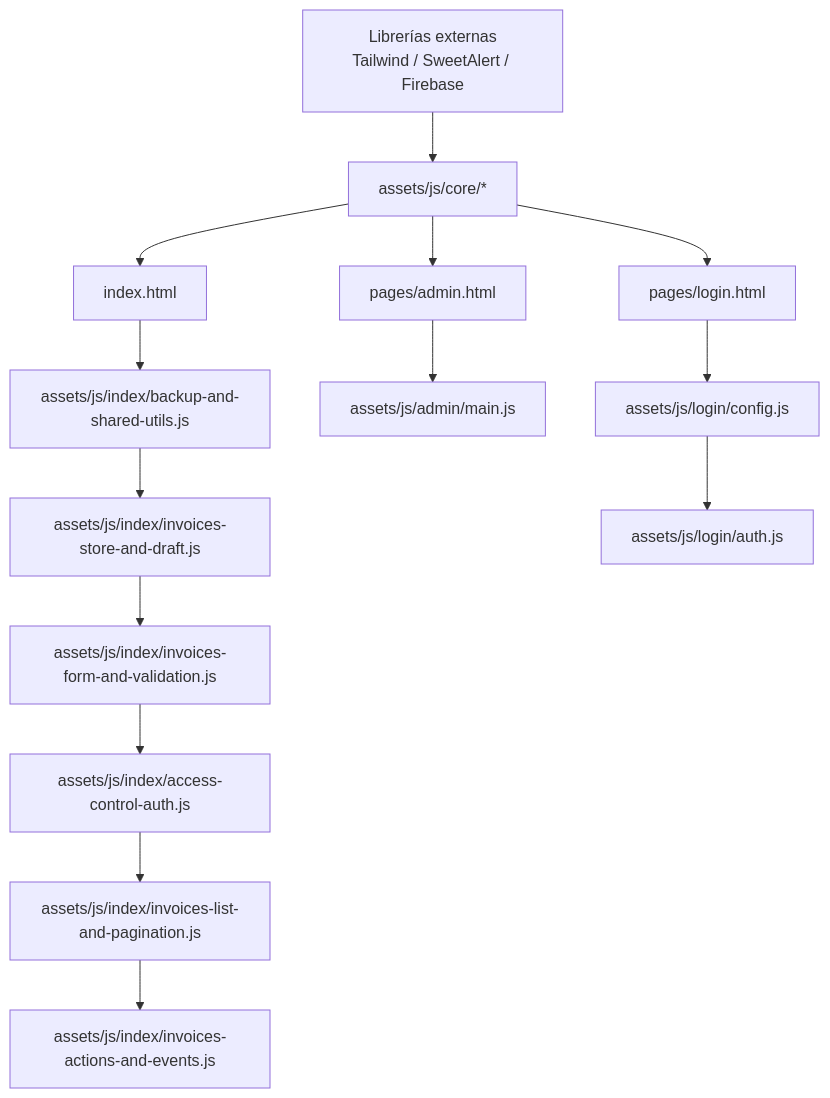
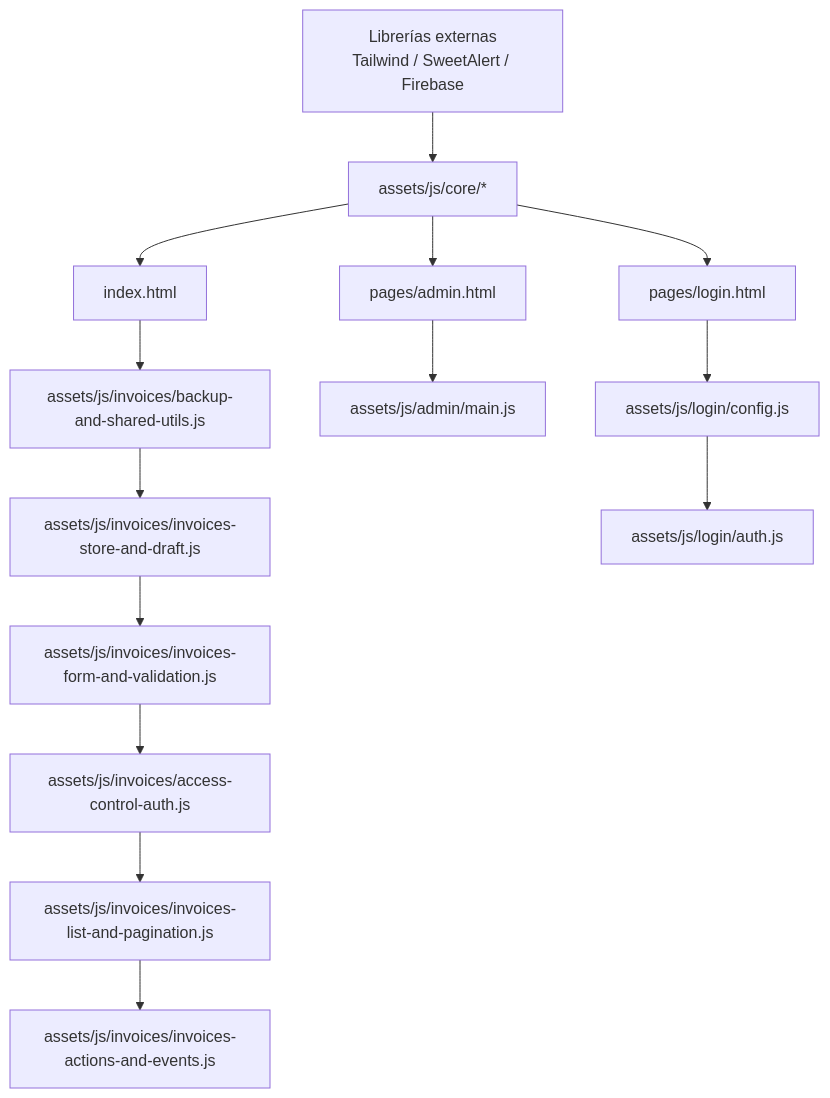
The diagram in README.md (JSTEx/sistema-facturacion-electronica), drawn with Mermaid before and after one commit. The commit also changed other lines of this file and 24 other files, not shown here.

````diff
--- a/README.md
+++ b/README.md
@@ -98,19 +105,19 @@
 ```mermaid
 flowchart TD
     A[Librerías externas<br/>Tailwind / SweetAlert / Firebase] --> B[assets/js/core/*]
 
     B --> C[index.html]
-    C --> C1[assets/js/index/backup-and-shared-utils.js]
-    C1 --> C2[assets/js/index/invoices-store-and-draft.js]
-    C2 --> C3[assets/js/index/invoices-form-and-validation.js]
-    C3 --> C4[assets/js/index/access-control-auth.js]
-    C4 --> C5[assets/js/index/invoices-list-and-pagination.js]
-    C5 --> C6[assets/js/index/invoices-actions-and-events.js]
+    C --> C1[assets/js/invoices/backup-and-shared-utils.js]
+    C1 --> C2[assets/js/invoices/invoices-store-and-draft.js]
+    C2 --> C3[assets/js/invoices/invoices-form-and-validation.js]
+    C3 --> C4[assets/js/invoices/access-control-auth.js]
+    C4 --> C5[assets/js/invoices/invoices-list-and-pagination.js]
+    C5 --> C6[assets/js/invoices/invoices-actions-and-events.js]
 
     B --> D[pages/admin.html]
     D --> D1[assets/js/admin/main.js]
 
     B --> E[pages/login.html]
     E --> E1[assets/js/login/config.js]
     E1 --> E2[assets/js/login/auth.js]
 ```
````
